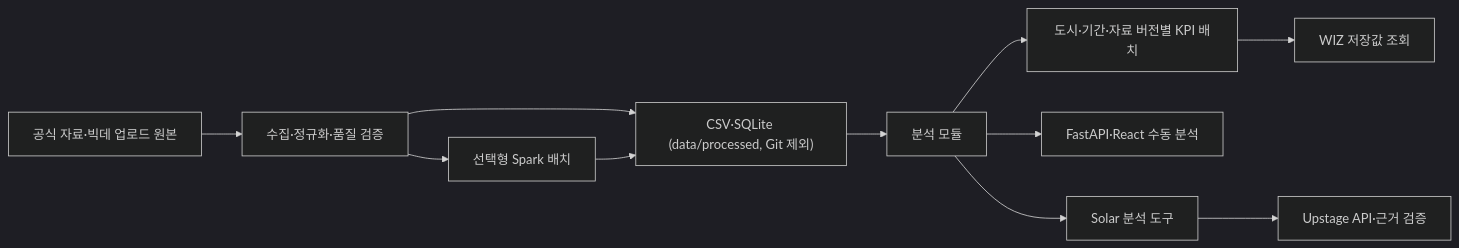
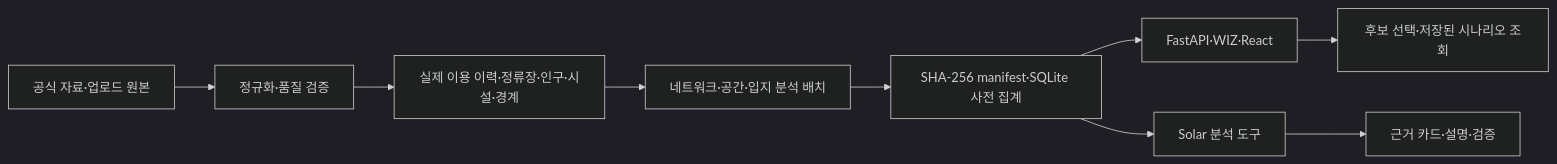
The diagram in README.md (xericen/bike-link-analysis), drawn with Mermaid (dark theme) before and after one commit. The commit also changed other lines of this file and 45 other files, not shown here.

````diff
--- a/README.md
+++ b/README.md
@@ -59,13 +76,11 @@
 ```mermaid
 flowchart LR
-  A["공식 자료·빅데 업로드 원본"] --> B["수집·정규화·품질 검증"]
-  B --> C["CSV·SQLite (data/processed, Git 제외)"]
-  B --> S["선택형 Spark 배치"]
-  S --> C
-  C --> D["분석 모듈"]
-  D --> E["도시·기간·자료 버전별 KPI 배치"]
-  E --> F["WIZ 저장값 조회"]
-  D --> G["FastAPI·React 수동 분석"]
-  D --> H["Solar 분석 도구"]
-  H --> I["Upstage API·근거 검증"]
+  A["공식 자료·업로드 원본"] --> B["정규화·품질 검증"]
+  B --> C["실제 이용 이력·정류장·인구·시설·경계"]
+  C --> D["네트워크·공간·입지 분석 배치"]
+  D --> E["SHA-256 manifest·SQLite 사전 집계"]
+  E --> F["FastAPI·WIZ·React"]
+  E --> G["Solar 분석 도구"]
+  G --> H["근거 카드·설명·검증"]
+  F --> I["후보 선택·저장된 시나리오 조회"]
 ```
````
